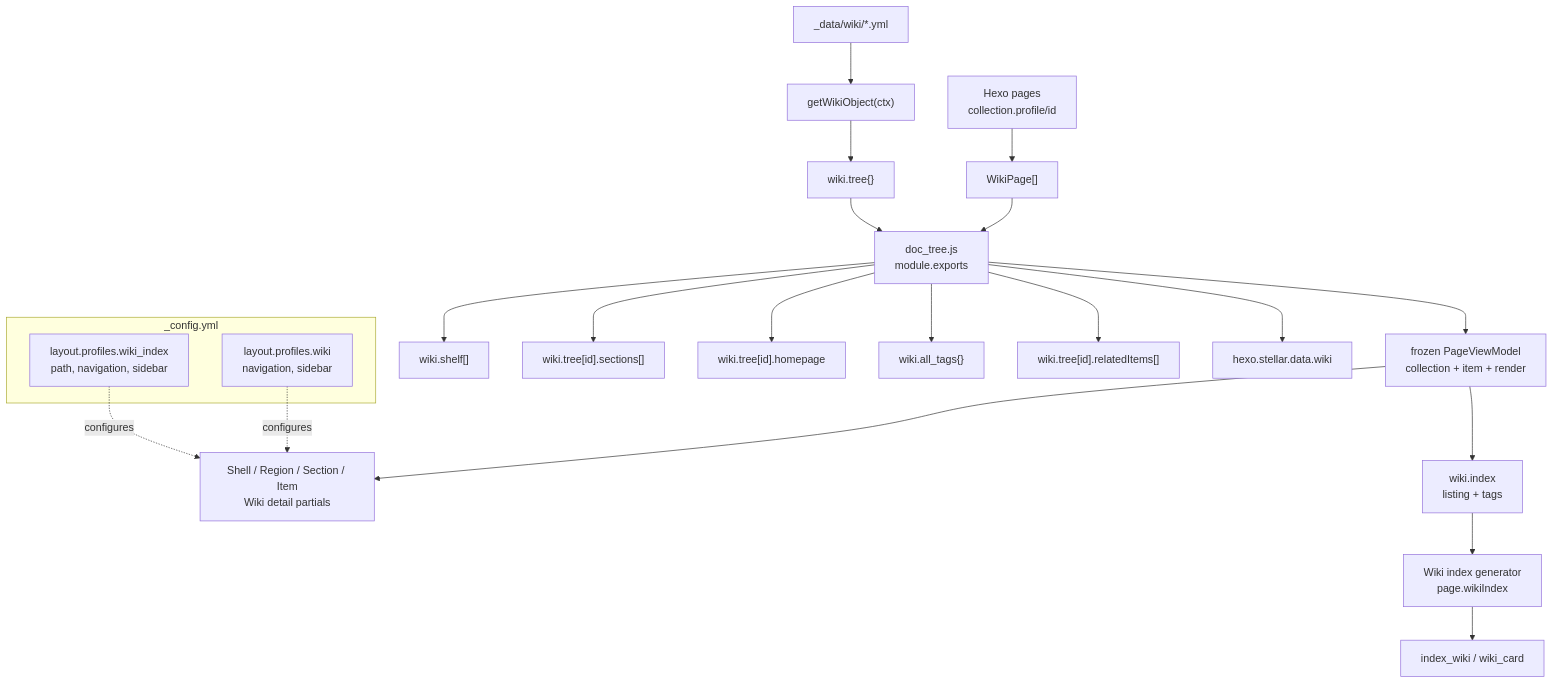
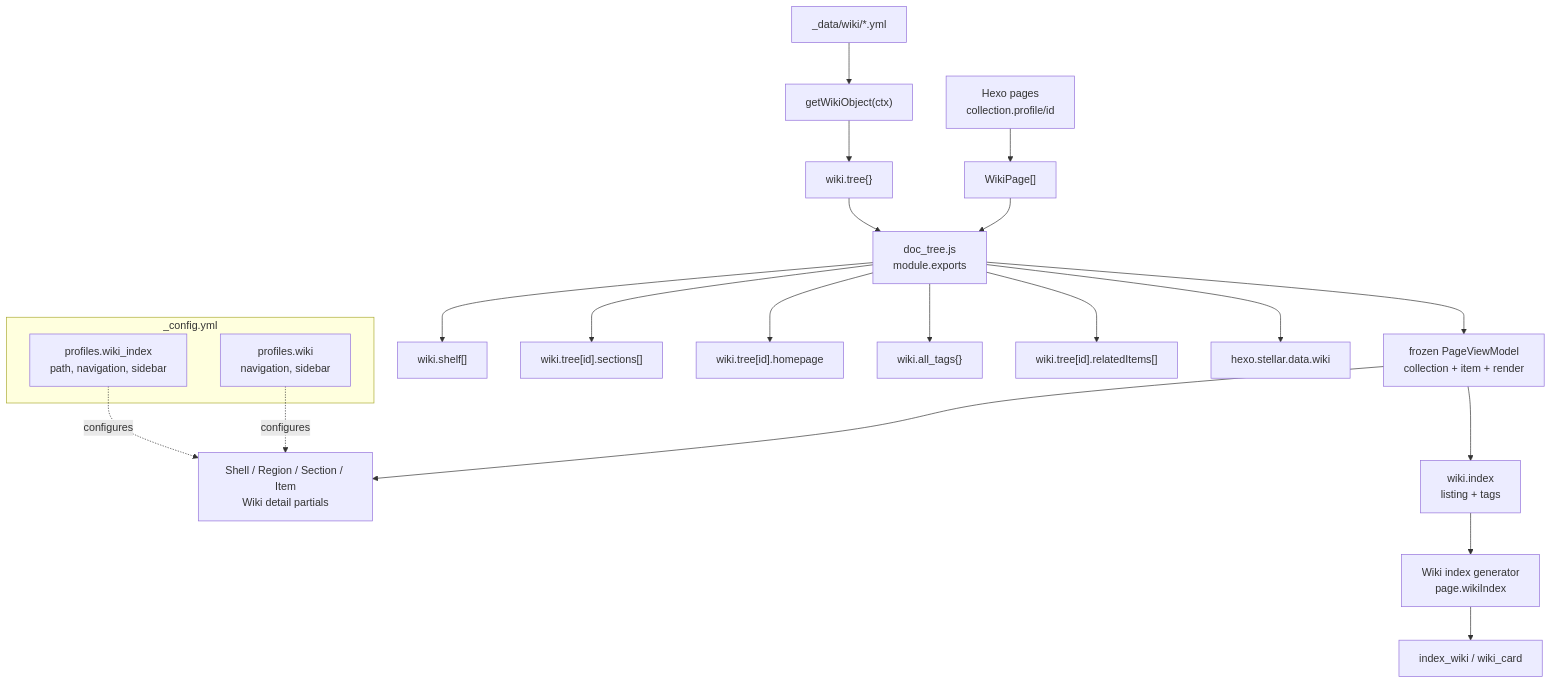
One commit to xaoxuu/hexo-theme-stellar changed the first of 6 diagrams in docs/knowledge/03-内容系统/wiki-docs.md. Above: the diagram before and after it, drawn with Mermaid. The commit also changed other lines of this file and 42 other files, not shown here.

````diff
--- a/docs/knowledge/03-内容系统/wiki-docs.md
+++ b/docs/knowledge/03-内容系统/wiki-docs.md
@@ -53,27 +53,27 @@
 ```mermaid
 flowchart TD
     A["_data/wiki/*.yml"] --> B["getWikiObject(ctx)"]
     C["Hexo pages\ncollection.profile/id"] --> D["WikiPage[]"]
     B --> E["wiki.tree{}"]
     D --> F["doc_tree.js\nmodule.exports"]
     E --> F
     F --> G["wiki.shelf[]"]
     F --> H["wiki.tree[id].sections[]"]
     F --> I["wiki.tree[id].homepage"]
     F --> J["wiki.all_tags{}"]
     F --> K["wiki.tree[id].relatedItems[]"]
     F --> L["hexo.stellar.data.wiki"]
     F --> V["frozen PageViewModel\ncollection + item + render"]
     V --> M["Shell / Region / Section / Item\nWiki detail partials"]
     V --> X["wiki.index\nlisting + tags"]
     X --> Y["Wiki index generator\npage.wikiIndex"]
     Y --> Z["index_wiki / wiki_card"]
     
     subgraph "_config.yml"
-        N["layout.profiles.wiki_index\npath, navigation, sidebar"]
-        O["layout.profiles.wiki\nnavigation, sidebar"]
+        N["profiles.wiki_index\npath, navigation, sidebar"]
+        O["profiles.wiki\nnavigation, sidebar"]
     end
     
     N -.configures.-> M
     O -.configures.-> M
 ```
````
